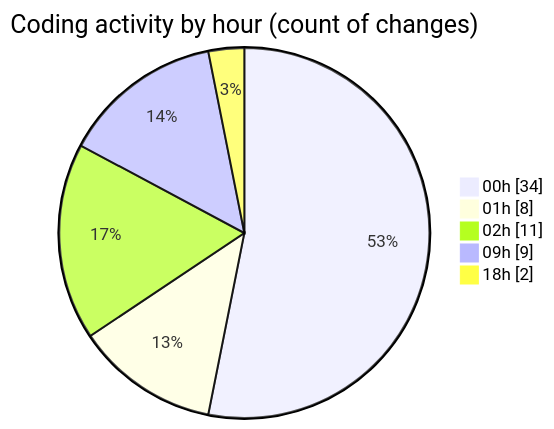
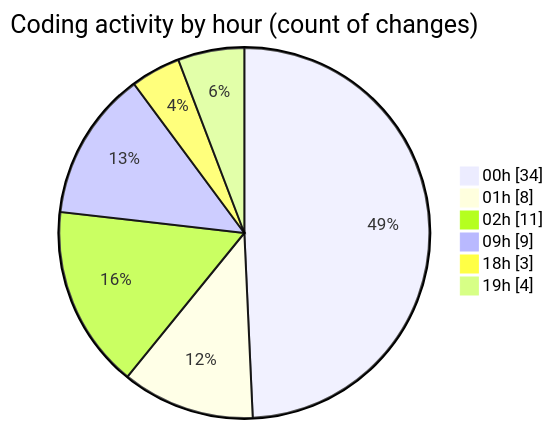
One commit to Elitesun/code-tracking changed the second of 2 diagrams in 2025-05-18/niten/README.md. Above: the diagram before and after it, drawn with Mermaid. The commit also changed other lines of this file and 1 other file, not shown here.

````diff
--- a/2025-05-18/niten/README.md
+++ b/2025-05-18/niten/README.md
@@ -51,9 +51,10 @@
 ```mermaid
 pie showData
 title Coding activity by hour (count of changes)
 "00h" : 34
 "01h" : 8
 "02h" : 11
 "09h" : 9
-"18h" : 2
+"18h" : 3
+"19h" : 4
 ```
````
